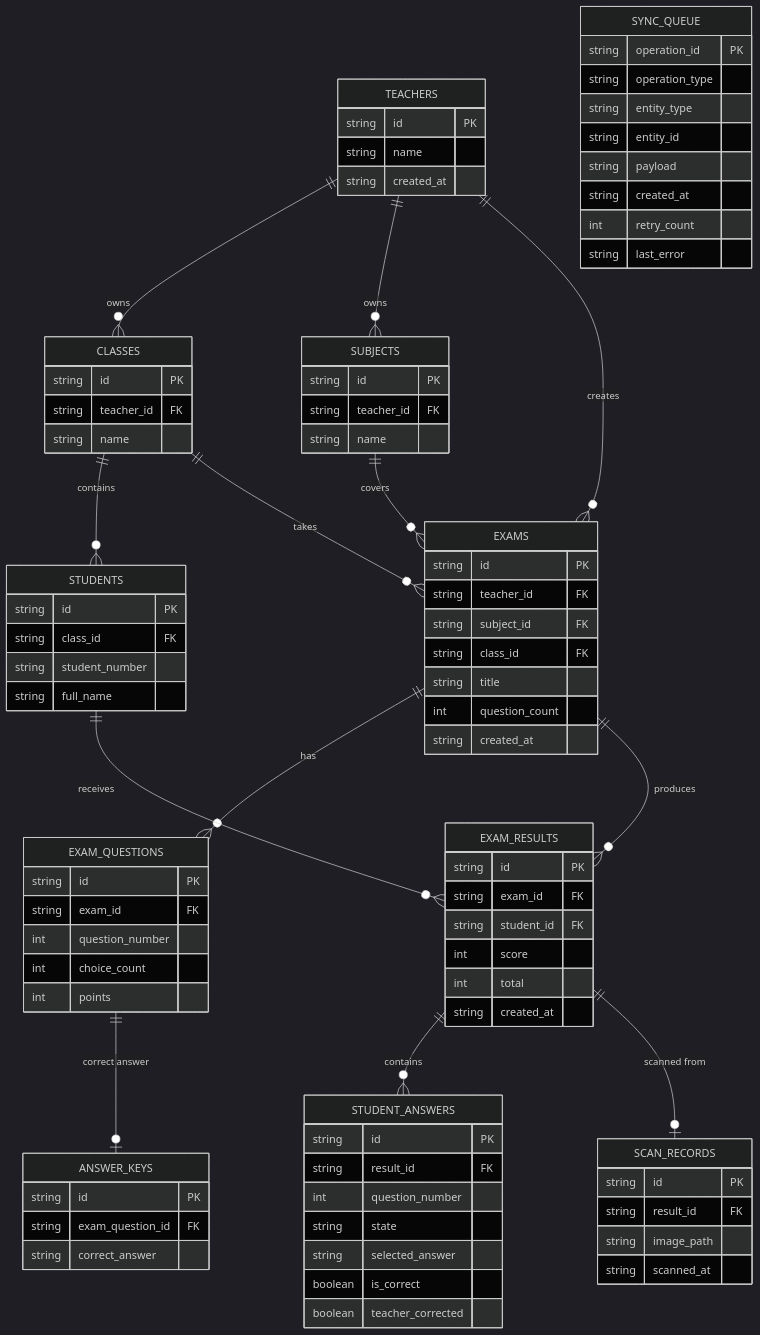
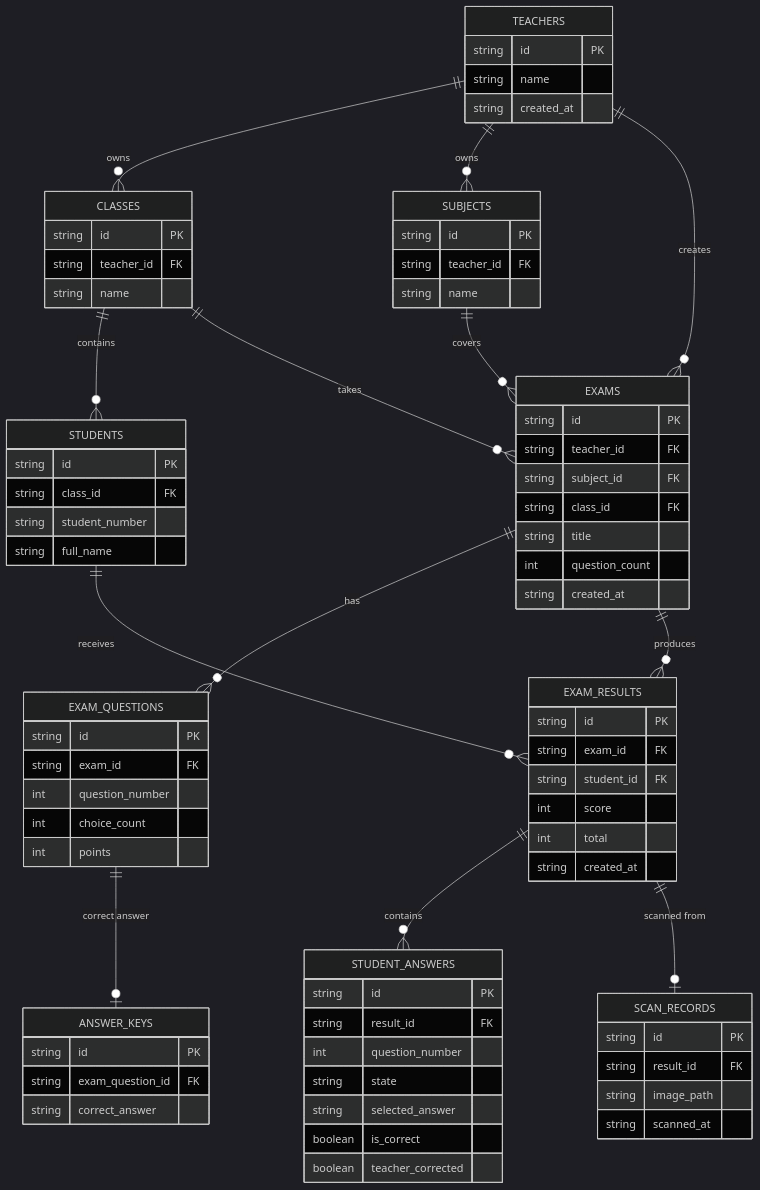
Before and after one commit to nicolaseugenio2022-cyber/answer-checker: the seventh of 7 diagrams in docs/diagrams.md, drawn with Mermaid (dark theme). The commit also changed other lines of this file and 5 other files, not shown here.

First line of the commit message:
docs: make the architecture offline-only

````diff
--- a/docs/diagrams.md
+++ b/docs/diagrams.md
@@ -256,14 +230,4 @@
         string image_path
         string scanned_at
     }
-    SYNC_QUEUE {
-        string operation_id PK
-        string operation_type
-        string entity_type
-        string entity_id
-        string payload
-        string created_at
-        int retry_count
-        string last_error
-    }
 ```
````
